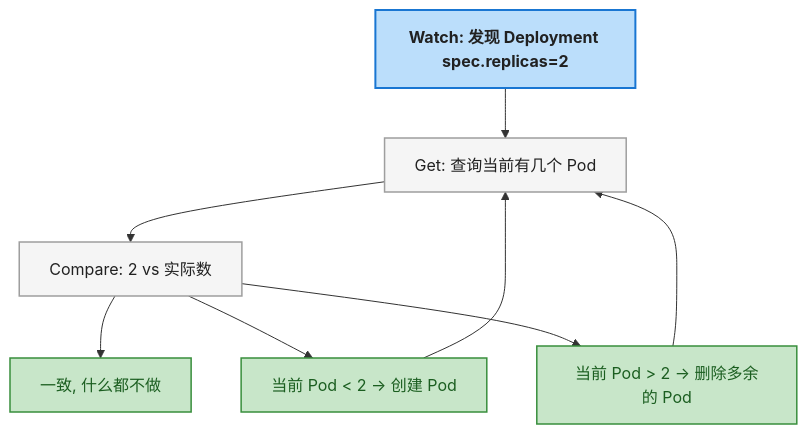
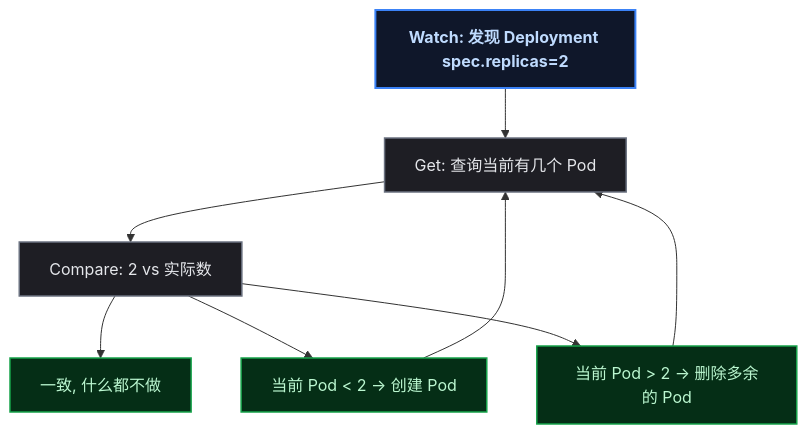
Before and after one commit to yaocat55/yaocat55.github.io: the third of 3 diagrams in content/posts/kubernetes/FirstK8sApplication.md, drawn with Mermaid. The commit also changed other lines of this file and 155 other files, not shown here.

````diff
--- a/content/posts/kubernetes/FirstK8sApplication.md
+++ b/content/posts/kubernetes/FirstK8sApplication.md
@@ -598,26 +598,26 @@
 ```mermaid
 flowchart TD
   W["Watch: 发现 Deployment spec.replicas=2"]
   G["Get: 查询当前有几个 Pod"]
   C["Compare: 2 vs 实际数"]
   EQ["一致, 什么都不做"]
   LESS["当前 Pod < 2 → 创建 Pod"]
   MORE["当前 Pod > 2 → 删除多余的 Pod"]
 
   W --> G
   G --> C
   C --> EQ
   C --> LESS
   C --> MORE
   LESS --> G
   MORE --> G
 
-  classDef watch fill:#BBDEFB,stroke:#1976D2,stroke-width:2px,color:#212121,font-weight:bold
+classDef watch fill:#0f172a,stroke:#3b82f6,stroke-width:2px,color:#bfdbfe,font-weight:bold;
   class W watch
 
-  classDef get fill:#F5F5F5,stroke:#9E9E9E,stroke-width:1.5px,color:#212121
+classDef get fill:#1e1e24,stroke:#6b7280,stroke-width:1.5px,color:#e5e7eb;
   class G,C get
 
-  classDef action fill:#C8E6C9,stroke:#388E3C,stroke-width:1.5px,color:#1B5E20
+classDef action fill:#052e16,stroke:#16a34a,stroke-width:1.5px,color:#bbf7d0;
   class EQ,LESS,MORE action
 ```
````
